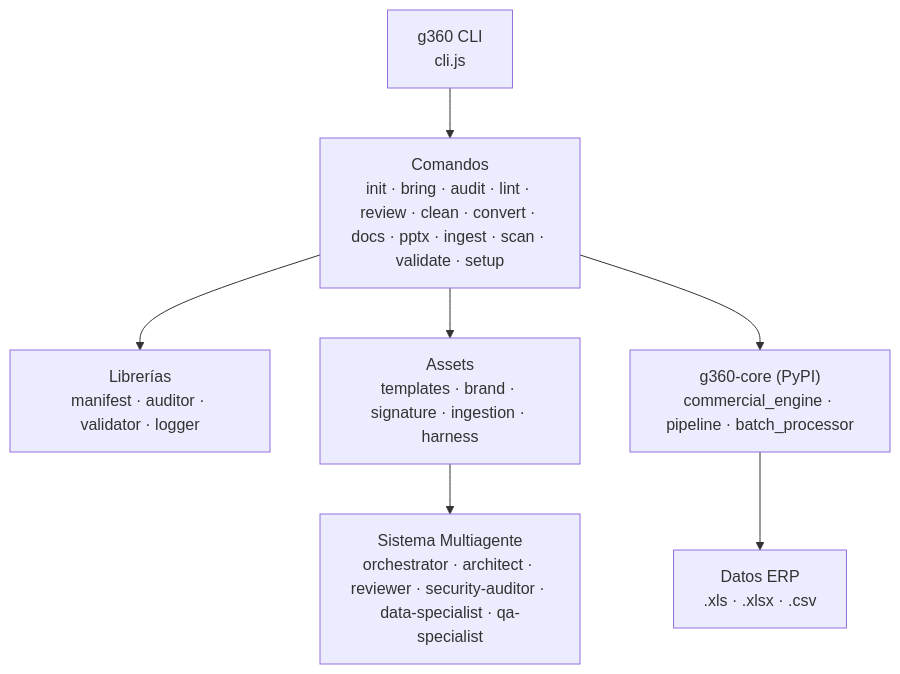
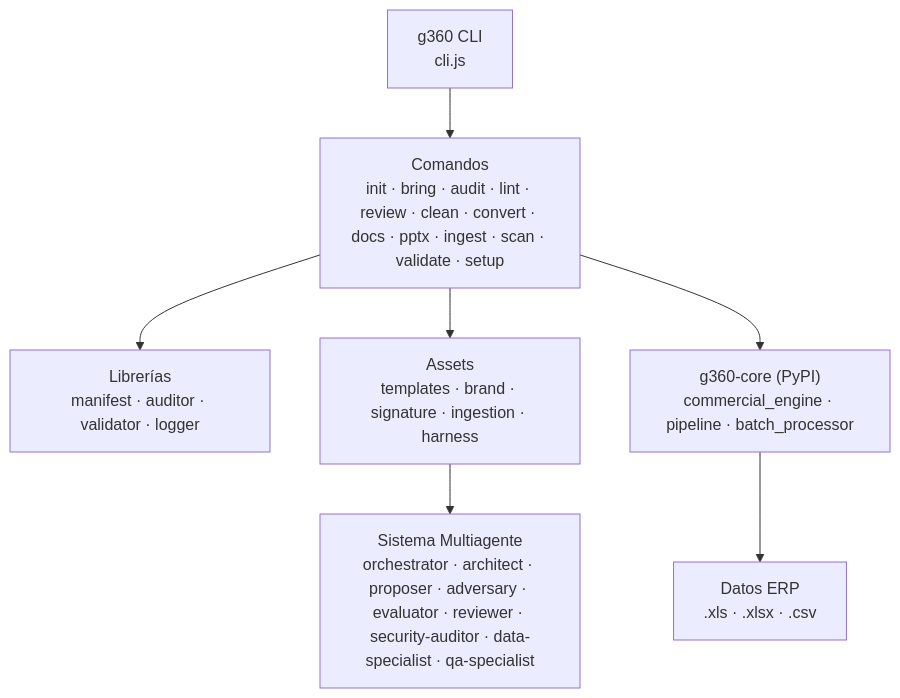
The diagram in README.md (carloscus/g360-cli), drawn with Mermaid before and after one commit. The commit also changed other lines of this file and 14 other files, not shown here.

Commit message:
chore: update version to 2.1.1 and sync proposer-evaluator changes

````diff
--- a/README.md
+++ b/README.md
@@ -16,17 +16,17 @@
 ```mermaid
 flowchart TD
     CLI["g360 CLI<br/>cli.js"]
     CMD["Comandos<br/>init · bring · audit · lint · review · clean · convert · docs · pptx · ingest · scan · validate · setup"]
     LIB["Librerías<br/>manifest · auditor · validator · logger"]
     ASSETS["Assets<br/>templates · brand · signature · ingestion · harness"]
     PY["g360-core (PyPI)<br/>commercial_engine · pipeline · batch_processor"]
     ERP["Datos ERP<br/>.xls · .xlsx · .csv"]
-    IA["Sistema Multiagente<br/>orchestrator · architect · reviewer · security-auditor · data-specialist · qa-specialist"]
+    IA["Sistema Multiagente<br/>orchestrator · architect · proposer · adversary · evaluator · reviewer · security-auditor · data-specialist · qa-specialist"]
 
     CLI --> CMD
     CMD --> LIB
     CMD --> ASSETS
     CMD --> PY
     PY --> ERP
     ASSETS --> IA
 ```
````
